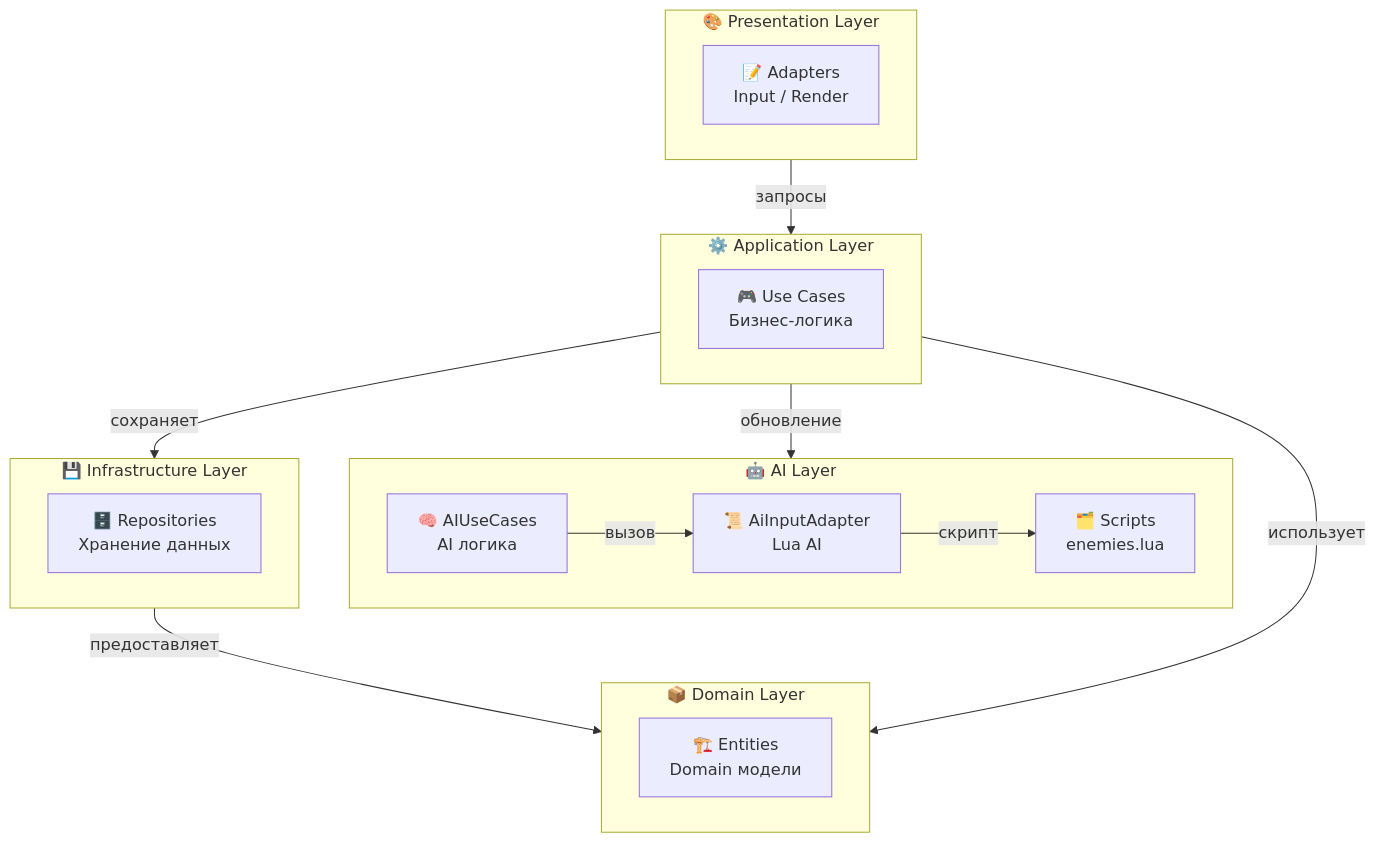
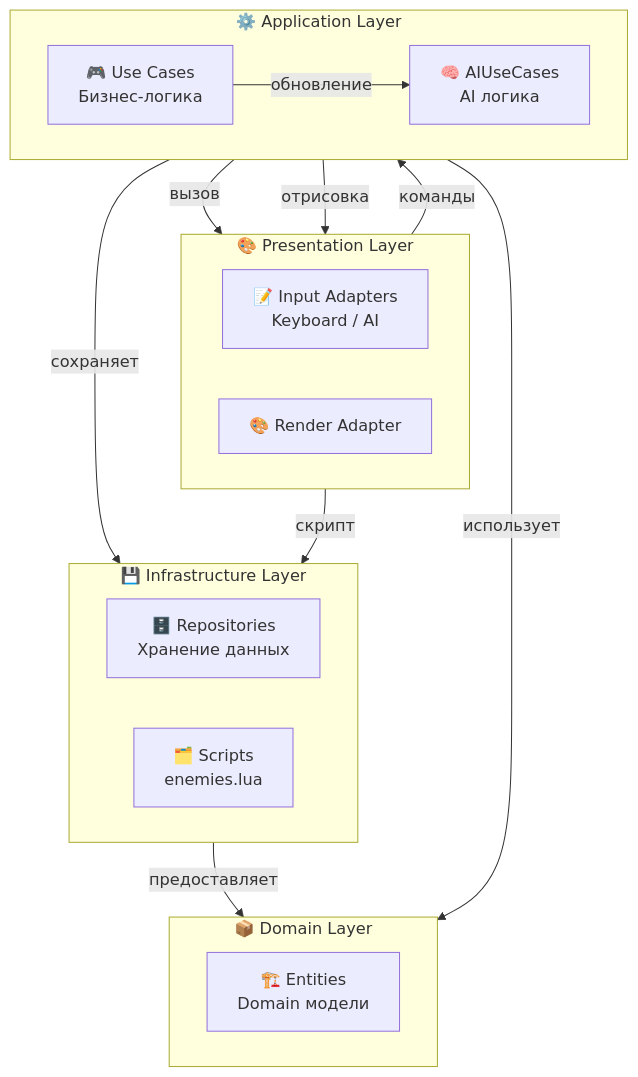
Before and after one commit to shpaker/tnk9x: the first of 3 diagrams in README.md, drawn with Mermaid. The commit also changed other lines of this file, not shown here.

````diff
--- a/README.md
+++ b/README.md
@@ -109,37 +109,34 @@
 ```mermaid
 graph TB
     subgraph P["🎨 Presentation Layer"]
         direction LR
-        Adapters["📝 Adapters<br/>Input / Render"]
+        InputAdapters["📝 Input Adapters<br/>Keyboard / AI"]
+        RenderAdapter["🎨 Render Adapter"]
     end
     
     subgraph A["⚙️ Application Layer"]
         direction LR
         UseCases["🎮 Use Cases<br/>Бизнес-логика"]
-    end
-    
-    subgraph AI["🤖 AI Layer"]
-        direction LR
         AICases["🧠 AIUseCases<br/>AI логика"]
-        AiInput["📜 AiInputAdapter<br/>Lua AI"]
-        LuaScripts["🗂️ Scripts<br/>enemies.lua"]
     end
     
     subgraph D["📦 Domain Layer"]
         direction LR
         Entities["🏗️ Entities<br/>Domain модели"]
     end
     
     subgraph I["💾 Infrastructure Layer"]
         direction LR
         Repositories["🗄️ Repositories<br/>Хранение данных"]
+        LuaScripts["🗂️ Scripts<br/>enemies.lua"]
     end
     
-    Adapters -->|"запросы"| UseCases
+    InputAdapters -->|"команды"| UseCases
     UseCases -->|"обновление"| AICases
-    AICases -->|"вызов"| AiInput
-    AiInput -->|"скрипт"| LuaScripts
+    AICases -->|"вызов"| InputAdapters
+    InputAdapters -->|"скрипт"| LuaScripts
     UseCases -->|"использует"| Entities
     Repositories -->|"предоставляет"| Entities
     UseCases -->|"сохраняет"| Repositories
+    UseCases -->|"отрисовка"| RenderAdapter
 ```
````
